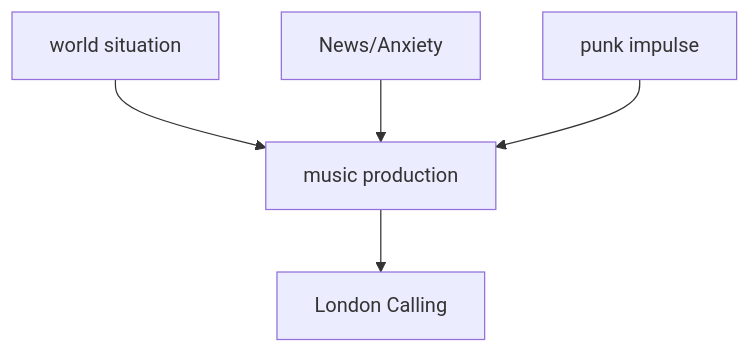
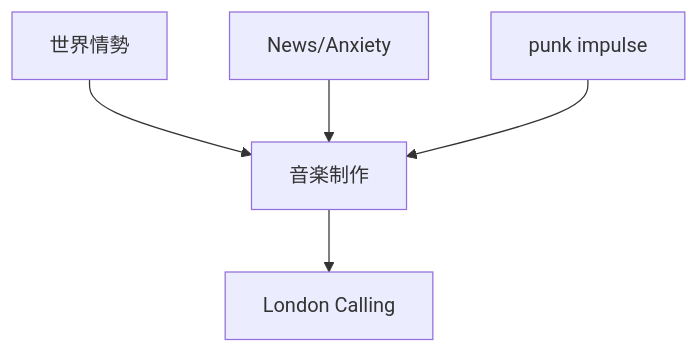
One commit to monumental-movement/monumental-movement.github.io changed the fourth of 11 diagrams in en/_posts/2026-06-30-column-influential-album-02.md. Above: the diagram before and after it, drawn with Mermaid. The commit also changed other lines of this file and 2196 other files, not shown here.

```diff
--- a/en/_posts/2026-06-30-column-influential-album-02.md
+++ b/en/_posts/2026-06-30-column-influential-album-02.md
@@ -482,14 +480,14 @@
 <div class="mermaid">
 flowchart TD
-A[world situation]
+A[世界情勢]
 B[News/Anxiety]
-C[music production]
+C[音楽制作]
 D[punk impulse]
 E[London Calling]
 
 A --> C
 B --> C
 D --> C
 C --> E
 
 </div>
```
